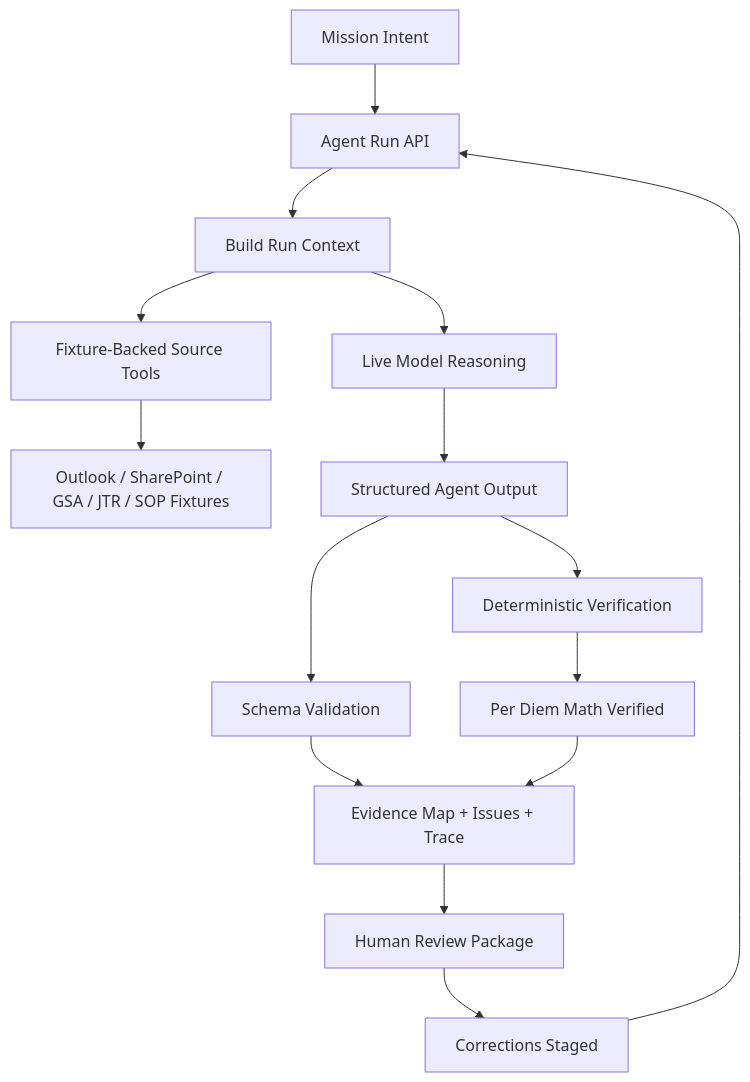
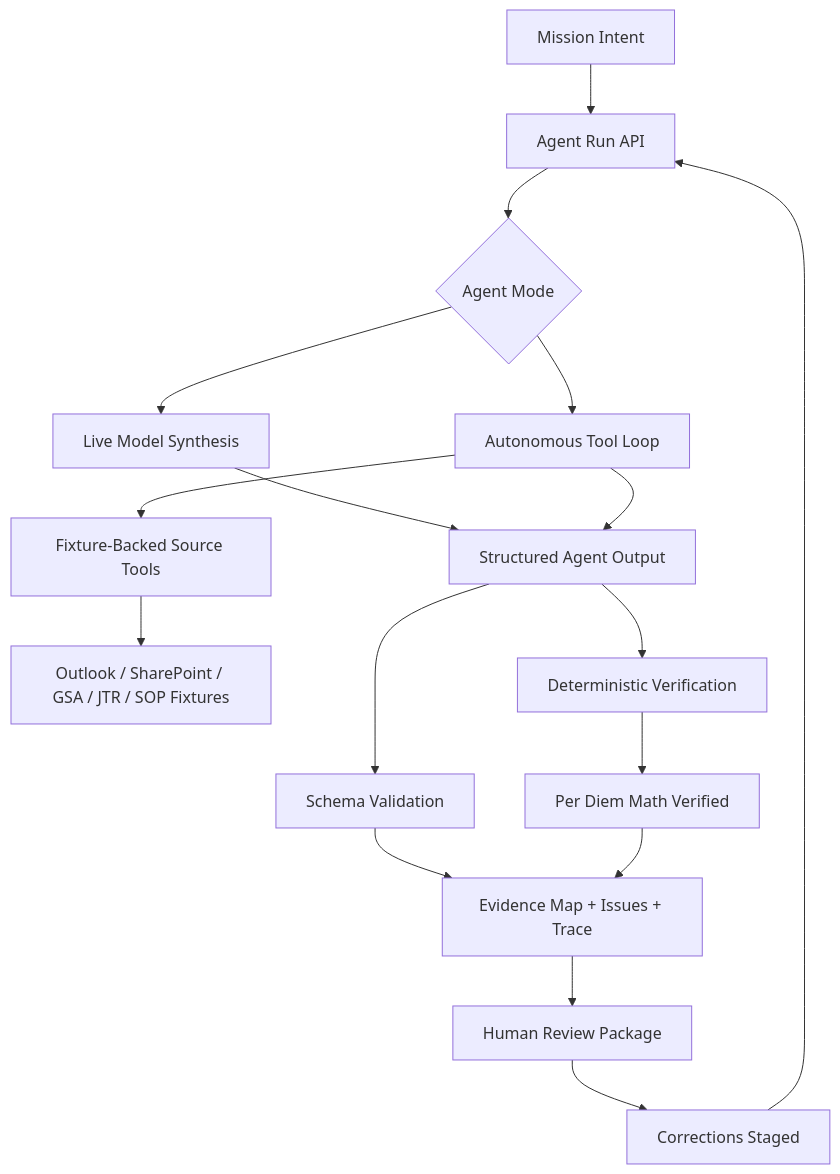
The diagram in README.md (EthanHNguyen/FieldDesk), drawn with Mermaid before and after one commit. The commit also changed other lines of this file and 15 other files, not shown here.

Commit message:
Add transcript-based tool loop agent

````diff
--- a/README.md
+++ b/README.md
@@ -29,17 +29,19 @@
 ```mermaid
 flowchart TD
   A[Mission Intent] --> B[Agent Run API]
-  B --> C[Build Run Context]
-  C --> D[Live Model Reasoning]
-  C --> E[Fixture-Backed Source Tools]
-  E --> F[Outlook / SharePoint / GSA / JTR / SOP Fixtures]
-  D --> G[Structured Agent Output]
-  G --> H[Schema Validation]
-  G --> I[Deterministic Verification]
-  I --> J[Per Diem Math Verified]
-  H --> K[Evidence Map + Issues + Trace]
-  J --> K
-  K --> L[Human Review Package]
-  L --> M[Corrections Staged]
-  M --> B
+  B --> C{Agent Mode}
+  C --> D[Live Model Synthesis]
+  C --> E[Autonomous Tool Loop]
+  E --> F[Fixture-Backed Source Tools]
+  F --> G[Outlook / SharePoint / GSA / JTR / SOP Fixtures]
+  D --> H[Structured Agent Output]
+  E --> H
+  H --> I[Schema Validation]
+  H --> J[Deterministic Verification]
+  J --> K[Per Diem Math Verified]
+  I --> L[Evidence Map + Issues + Trace]
+  K --> L
+  L --> M[Human Review Package]
+  M --> N[Corrections Staged]
+  N --> B
 ```
````
